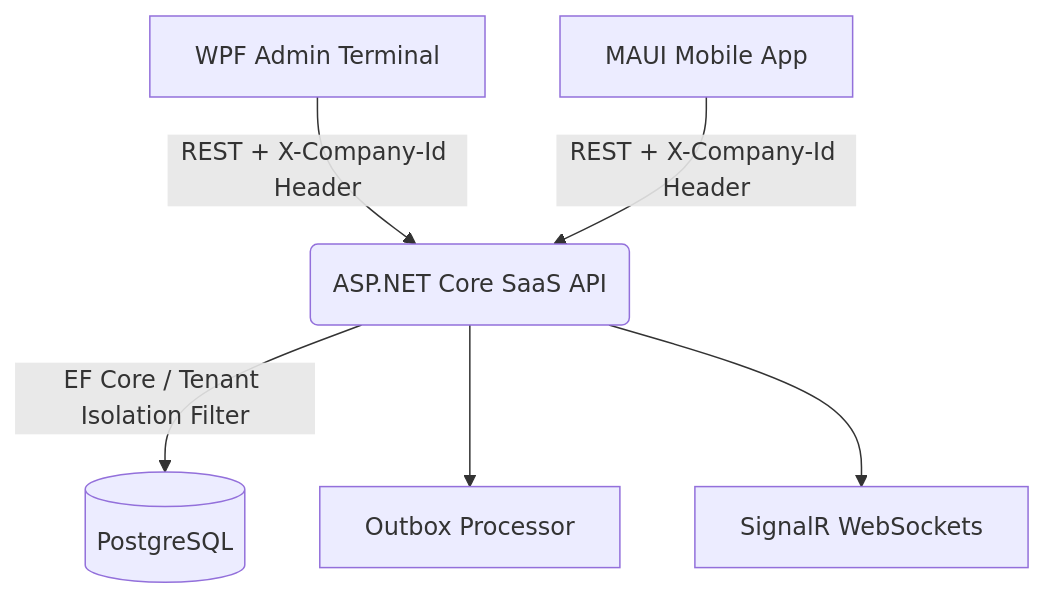
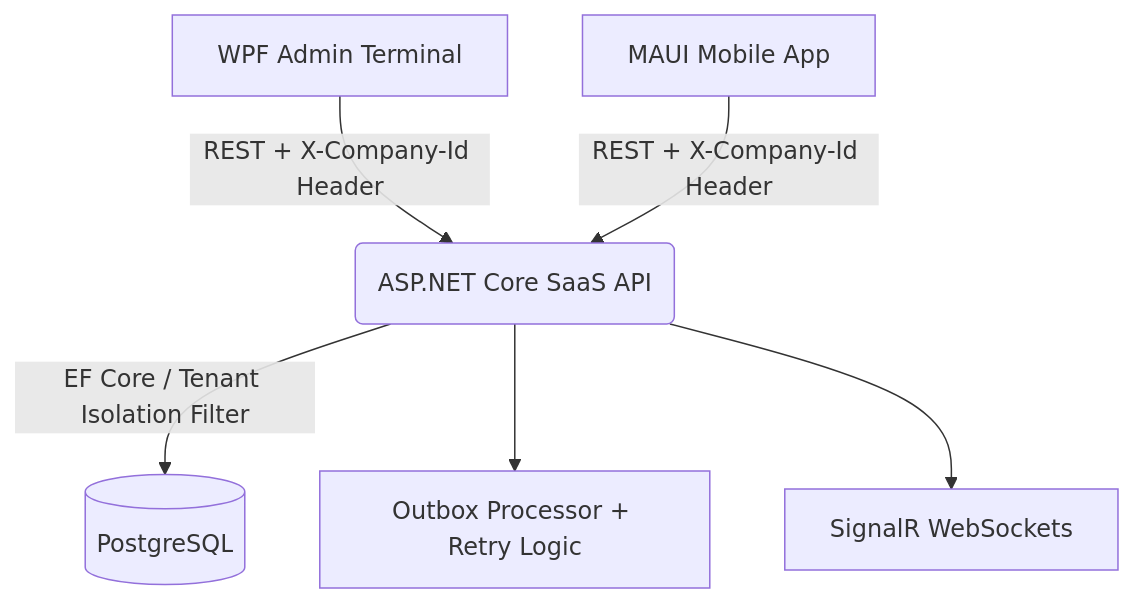
The diagram in README.md (iamfifya/AccuratSystem), drawn with Mermaid before and after one commit. The commit also changed other lines of this file, not shown here.

````diff
--- a/README.md
+++ b/README.md
@@ -36,9 +41,8 @@
 ```mermaid
 graph TD
     A[WPF Admin Terminal] -->|REST + X-Company-Id Header| B(ASP.NET Core SaaS API)
     C[MAUI Mobile App] -->|REST + X-Company-Id Header| B
     B -->|EF Core / Tenant Isolation Filter| D[(PostgreSQL)]
-    B --> E[Outbox Processor]
+    B --> E[Outbox Processor + Retry Logic]
     B --> F[SignalR WebSockets]
-
 ```
````
